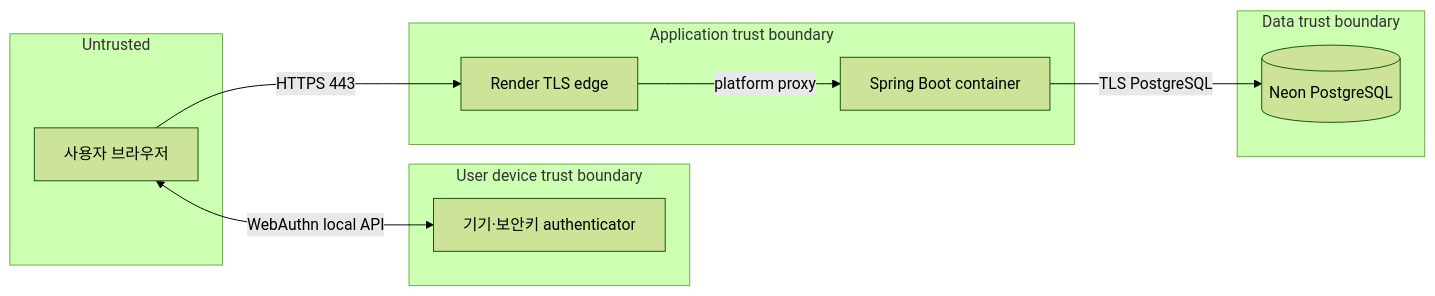
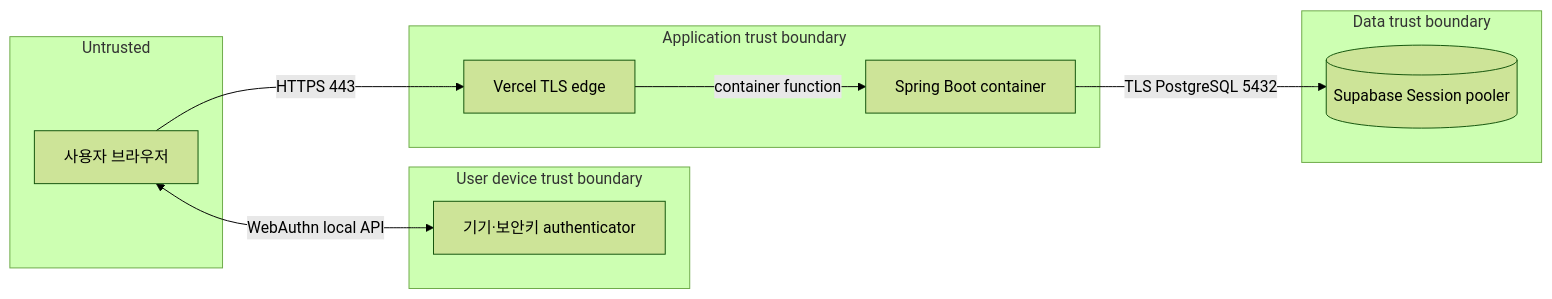
One commit to myeongjundev/t08-passkey-portfolio changed the diagram in docs/T08-SECURITY-NETWORK.md. Above: the diagram before and after it, drawn with Mermaid (forest theme). The commit also changed other lines of this file and 19 other files, not shown here.

Commit message:
feat: prepare Vercel Supabase deployment

````diff
--- a/docs/T08-SECURITY-NETWORK.md
+++ b/docs/T08-SECURITY-NETWORK.md
@@ -11,21 +11,21 @@
 ```mermaid
 flowchart LR
-    U[사용자 브라우저] -->|HTTPS 443| E[Render TLS edge]
-    E -->|platform proxy| A[Spring Boot container]
+    U[사용자 브라우저] -->|HTTPS 443| E[Vercel TLS edge]
+    E -->|container function| A[Spring Boot container]
     U <-->|WebAuthn local API| K[기기·보안키 authenticator]
-    A -->|TLS PostgreSQL| D[(Neon PostgreSQL)]
+    A -->|TLS PostgreSQL 5432| D[(Supabase Session pooler)]
 
     subgraph Untrusted
       U
     end
     subgraph User device trust boundary
       K
     end
     subgraph Application trust boundary
       E
       A
     end
     subgraph Data trust boundary
       D
     end
 ```
````
